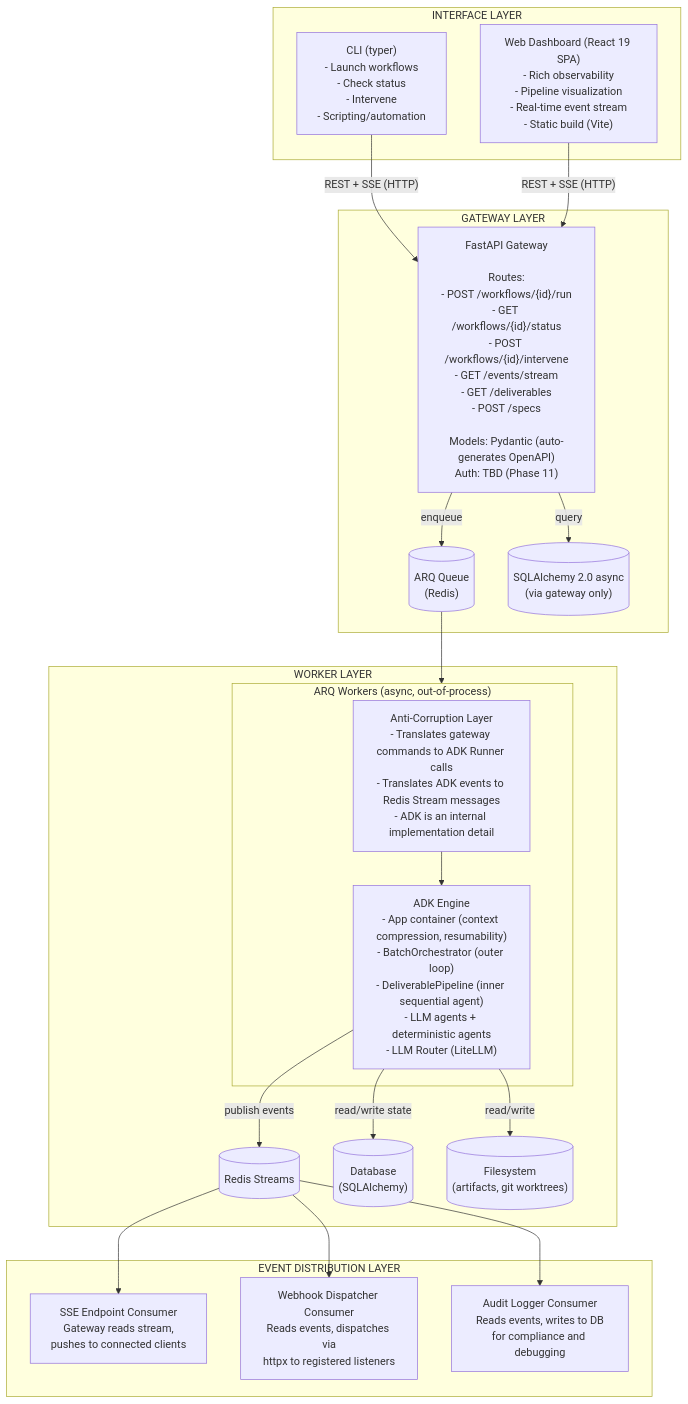
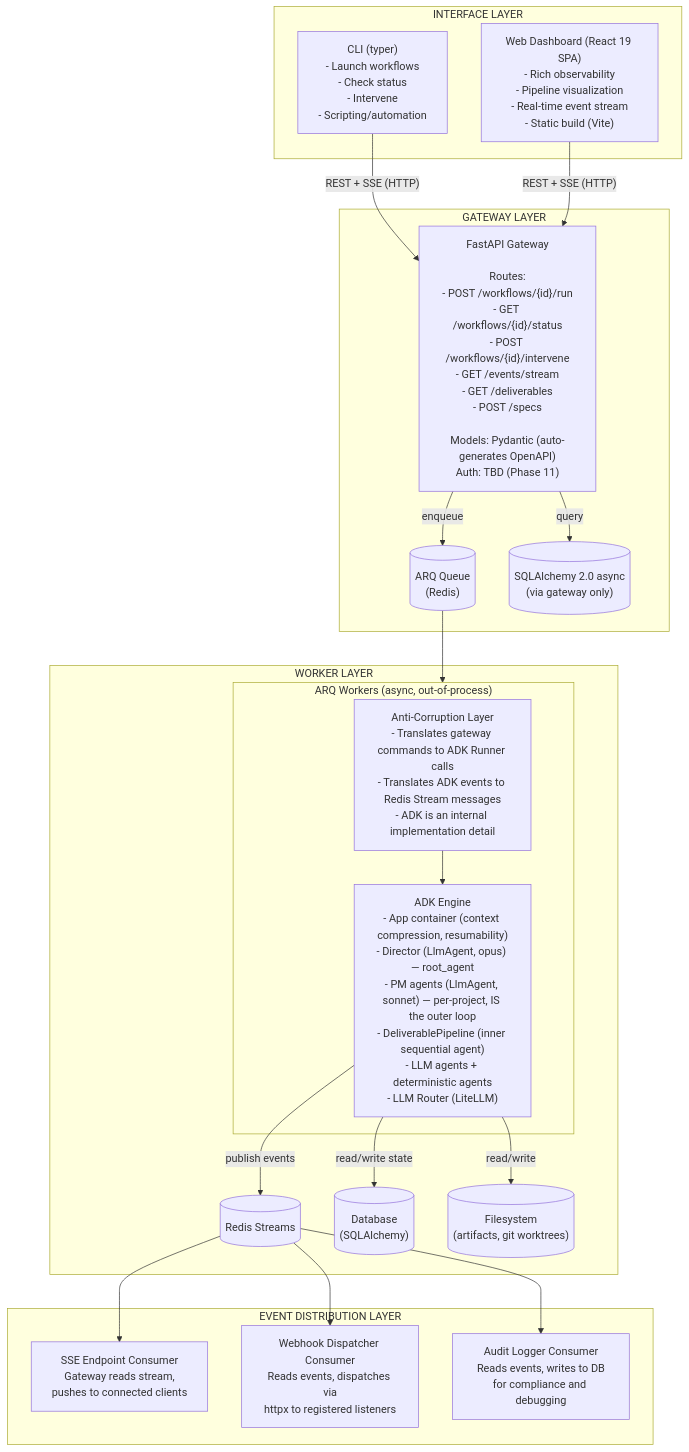
Before and after one commit to BechtelR/AutoBuilder: the first of 5 diagrams in .dev/02-ARCHITECTURE.md, drawn with Mermaid. The commit also changed other lines of this file and 15 other files, not shown here.

First line of the commit message:
docs: Hierarchical supervision architecture; Phase 3 spec + model; terminology alignment

````diff
--- a/.dev/02-ARCHITECTURE.md
+++ b/.dev/02-ARCHITECTURE.md
@@ -21,39 +21,39 @@
 ```mermaid
 flowchart TB
     subgraph INTERFACE["INTERFACE LAYER"]
         CLI["CLI (typer)\n- Launch workflows\n- Check status\n- Intervene\n- Scripting/automation"]
         Dashboard["Web Dashboard (React 19 SPA)\n- Rich observability\n- Pipeline visualization\n- Real-time event stream\n- Static build (Vite)"]
     end
 
     subgraph GATEWAY["GATEWAY LAYER"]
         FastAPI["FastAPI Gateway\n\nRoutes:\n- POST /workflows/{id}/run\n- GET /workflows/{id}/status\n- POST /workflows/{id}/intervene\n- GET /events/stream\n- GET /deliverables\n- POST /specs\n\nModels: Pydantic (auto-generates OpenAPI)\nAuth: TBD (Phase 11)"]
         ARQ[("ARQ Queue\n(Redis)")]
         DB[("SQLAlchemy 2.0 async\n(via gateway only)")]
     end
 
     subgraph WORKER["WORKER LAYER"]
         subgraph ARQWorkers["ARQ Workers (async, out-of-process)"]
             ACL["Anti-Corruption Layer\n- Translates gateway commands to ADK Runner calls\n- Translates ADK events to Redis Stream messages\n- ADK is an internal implementation detail"]
-            ADK["ADK Engine\n- App container (context compression, resumability)\n- BatchOrchestrator (outer loop)\n- DeliverablePipeline (inner sequential agent)\n- LLM agents + deterministic agents\n- LLM Router (LiteLLM)"]
+            ADK["ADK Engine\n- App container (context compression, resumability)\n- Director (LlmAgent, opus) — root_agent\n- PM agents (LlmAgent, sonnet) — per-project, IS the outer loop\n- DeliverablePipeline (inner sequential agent)\n- LLM agents + deterministic agents\n- LLM Router (LiteLLM)"]
             ACL --> ADK
         end
         Streams[("Redis Streams")]
         Database[("Database\n(SQLAlchemy)")]
         Filesystem[("Filesystem\n(artifacts, git worktrees)")]
     end
 
     subgraph EVENTS["EVENT DISTRIBUTION LAYER"]
         SSE["SSE Endpoint Consumer\nGateway reads stream,\npushes to connected clients"]
         Webhook["Webhook Dispatcher Consumer\nReads events, dispatches via\nhttpx to registered listeners"]
         Audit["Audit Logger Consumer\nReads events, writes to DB\nfor compliance and debugging"]
     end
 
     CLI & Dashboard -->|"REST + SSE (HTTP)"| FastAPI
     FastAPI -->|enqueue| ARQ
     FastAPI -->|query| DB
     ARQ --> ARQWorkers
     ADK -->|publish events| Streams
     ADK -->|read/write state| Database
     ADK -->|read/write| Filesystem
     Streams --> SSE & Webhook & Audit
 ```
````
